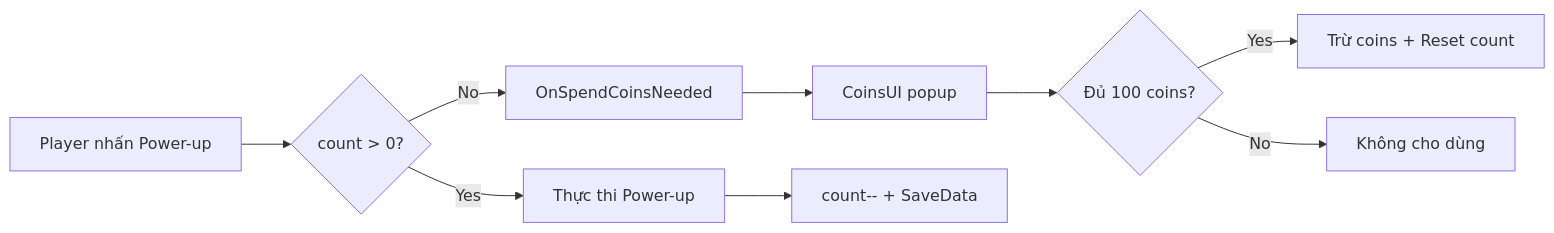
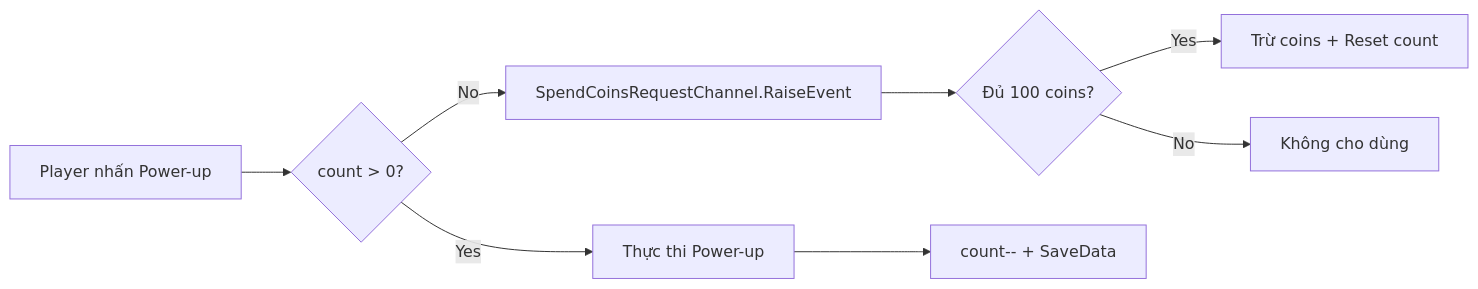
Before and after one commit to gcc-dtung/Pirate-Tiles: the third of 4 diagrams in Assets/Documents/DOCS_PROJECT_STRUCTURE.md, drawn with Mermaid. The commit also changed other lines of this file and 6 other files, not shown here.

````diff
--- a/Assets/Documents/DOCS_PROJECT_STRUCTURE.md
+++ b/Assets/Documents/DOCS_PROJECT_STRUCTURE.md
@@ -701,11 +308,10 @@
 ```mermaid
 graph LR
     A[Player nhấn Power-up] --> B{count > 0?}
     B -->|Yes| C[Thực thi Power-up]
-    B -->|No| D[OnSpendCoinsNeeded]
-    D --> E[CoinsUI popup]
-    E --> F{Đủ 100 coins?}
-    F -->|Yes| G[Trừ coins + Reset count]
-    F -->|No| H[Không cho dùng]
-    C --> I[count-- + SaveData]
+    B -->|No| D[SpendCoinsRequestChannel.RaiseEvent]
+    D --> E{Đủ 100 coins?}
+    E -->|Yes| F[Trừ coins + Reset count]
+    E -->|No| G[Không cho dùng]
+    C --> H[count-- + SaveData]
 ```
````
